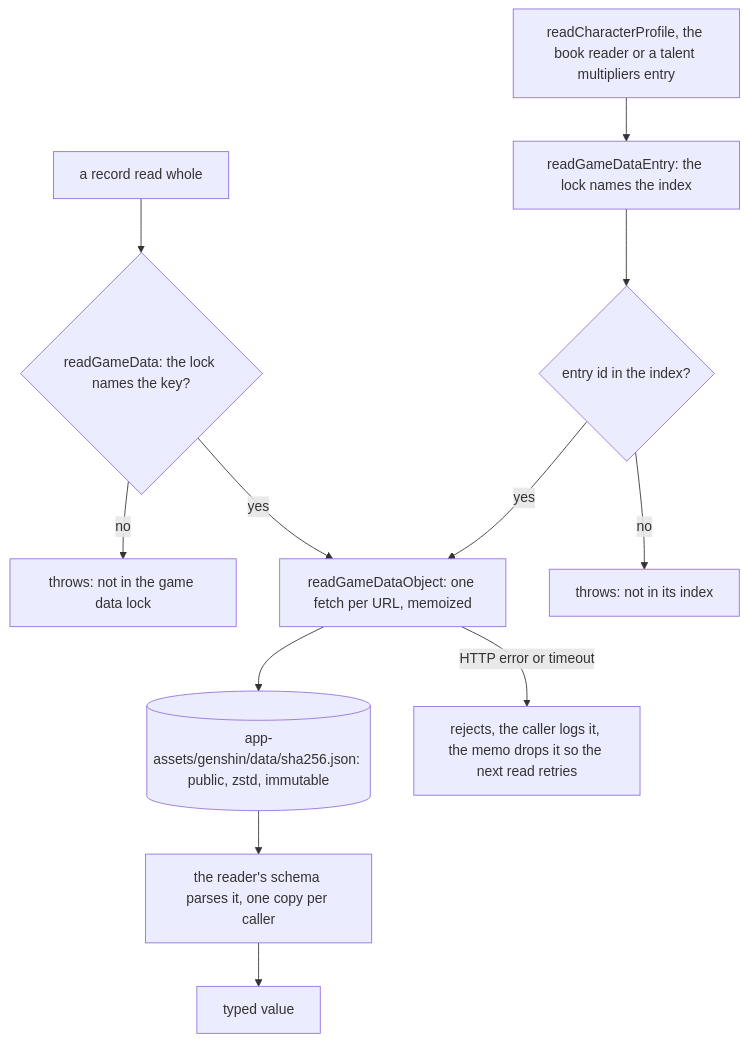
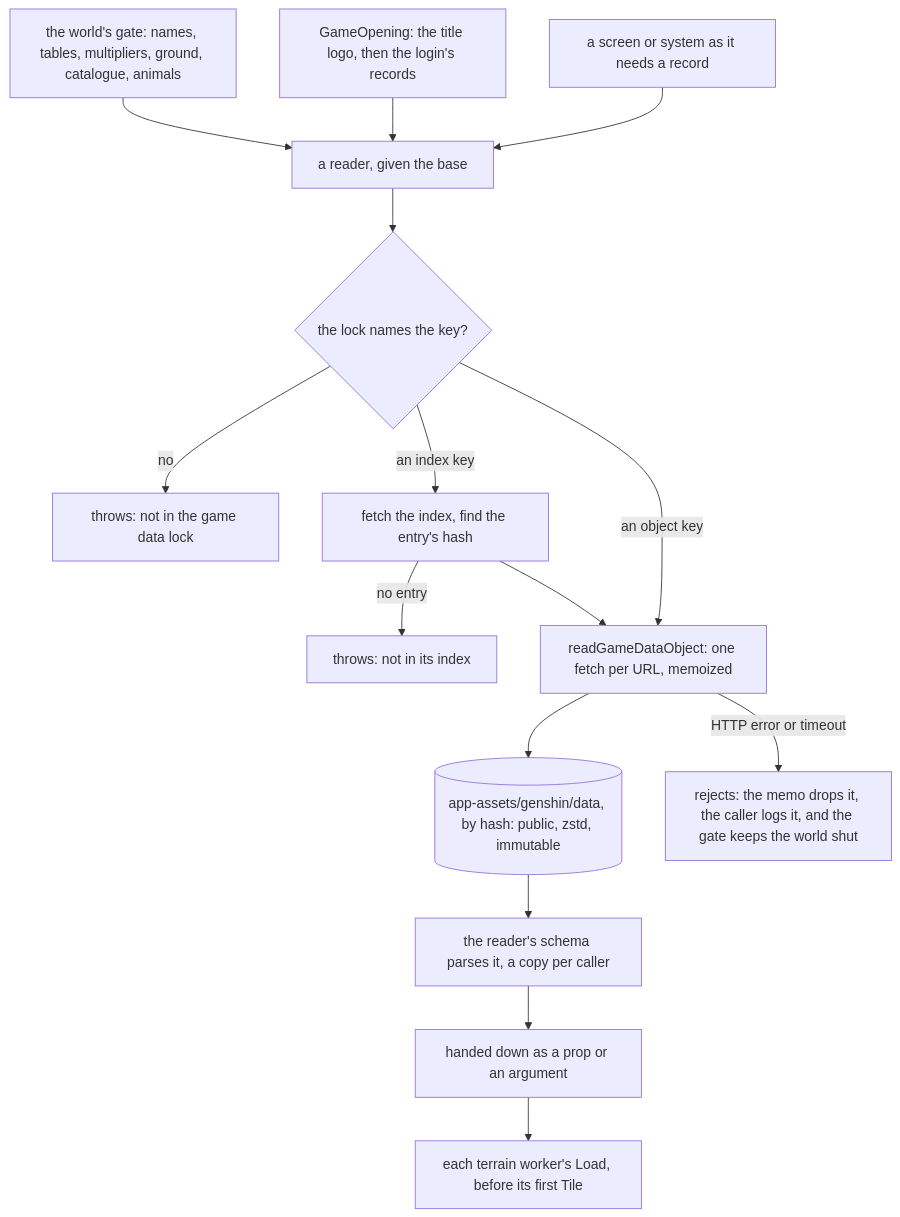
One commit to Esposter/Esposter changed the second of 5 diagrams in apps/web/content/docs/genshin/hosted-game-data.md. Above: the diagram before and after it, drawn with Mermaid. The commit also changed other lines of this file and 64 other files, not shown here.

````diff
--- a/apps/web/content/docs/genshin/hosted-game-data.md
+++ b/apps/web/content/docs/genshin/hosted-game-data.md
@@ -37,14 +114,17 @@
 ```mermaid
 flowchart TD
-  Reader["readCharacterProfile, the book reader or a talent multipliers entry"] --> Index["readGameDataEntry: the lock names the index"]
-  KeyReader["a record read whole"] --> Keyed{"readGameData: the lock names the key?"}
-  Keyed -->|no| Unlocked["throws: not in the game data lock"]
-  Keyed -->|yes| Fetch
-  Index --> Indexed{"entry id in the index?"}
-  Indexed -->|no| Missing["throws: not in its index"]
-  Indexed -->|yes| Fetch["readGameDataObject: one fetch per URL, memoized"]
-  Fetch --> Blob[("app-assets/genshin/data/sha256.json: public, zstd, immutable")]
-  Blob --> Parse["the reader's schema parses it, one copy per caller"]
-  Parse --> Value["typed value"]
-  Fetch -->|"HTTP error or timeout"| Failure["rejects, the caller logs it, the memo drops it so the next read retries"]
+  Gate["the world's gate: names, tables, multipliers, ground, catalogue, animals"] --> Reader
+  Opening["GameOpening: the title logo, then the login's records"] --> Reader
+  Screen["a screen or system as it needs a record"] --> Reader
+  Reader["a reader, given the base"] --> Lock{"the lock names the key?"}
+  Lock -->|no| Unlocked["throws: not in the game data lock"]
+  Lock -->|"an index key"| Index["fetch the index, find the entry's hash"]
+  Index -->|"no entry"| Missing["throws: not in its index"]
+  Index --> Fetch
+  Lock -->|"an object key"| Fetch["readGameDataObject: one fetch per URL, memoized"]
+  Fetch --> Blob[("app-assets/genshin/data, by hash: public, zstd, immutable")]
+  Blob --> Schema["the reader's schema parses it, a copy per caller"]
+  Schema --> Down["handed down as a prop or an argument"]
+  Down --> Worker["each terrain worker's Load, before its first Tile"]
+  Fetch -->|"HTTP error or timeout"| Failure["rejects: the memo drops it, the caller logs it, and the gate keeps the world shut"]
 ```
````
